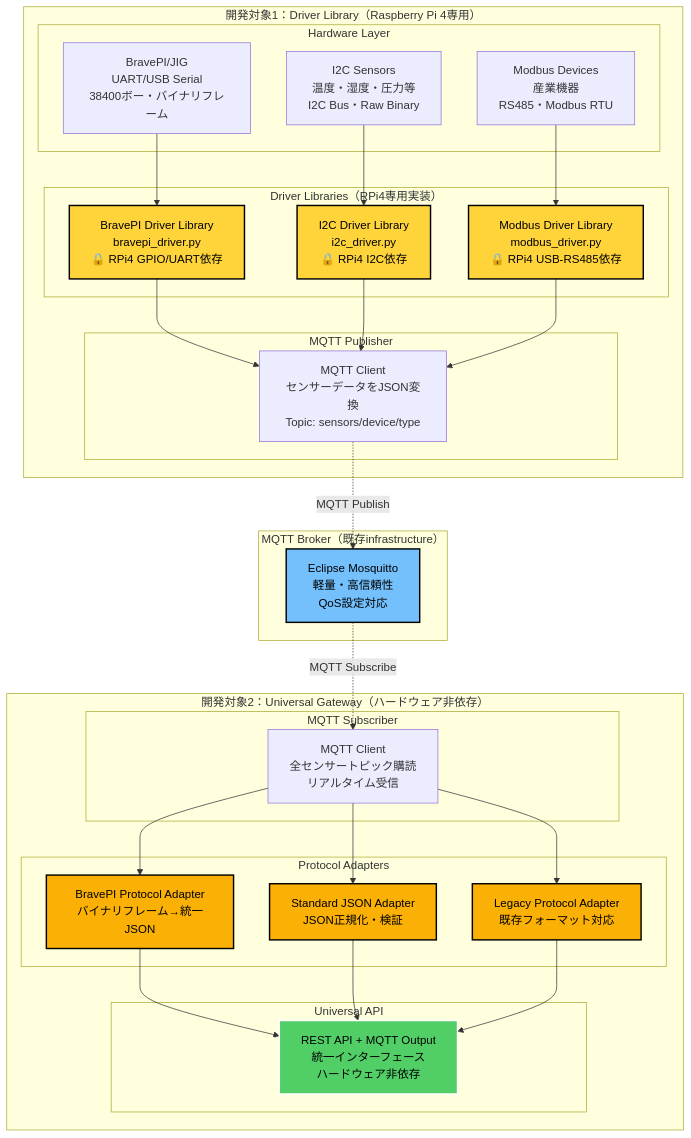
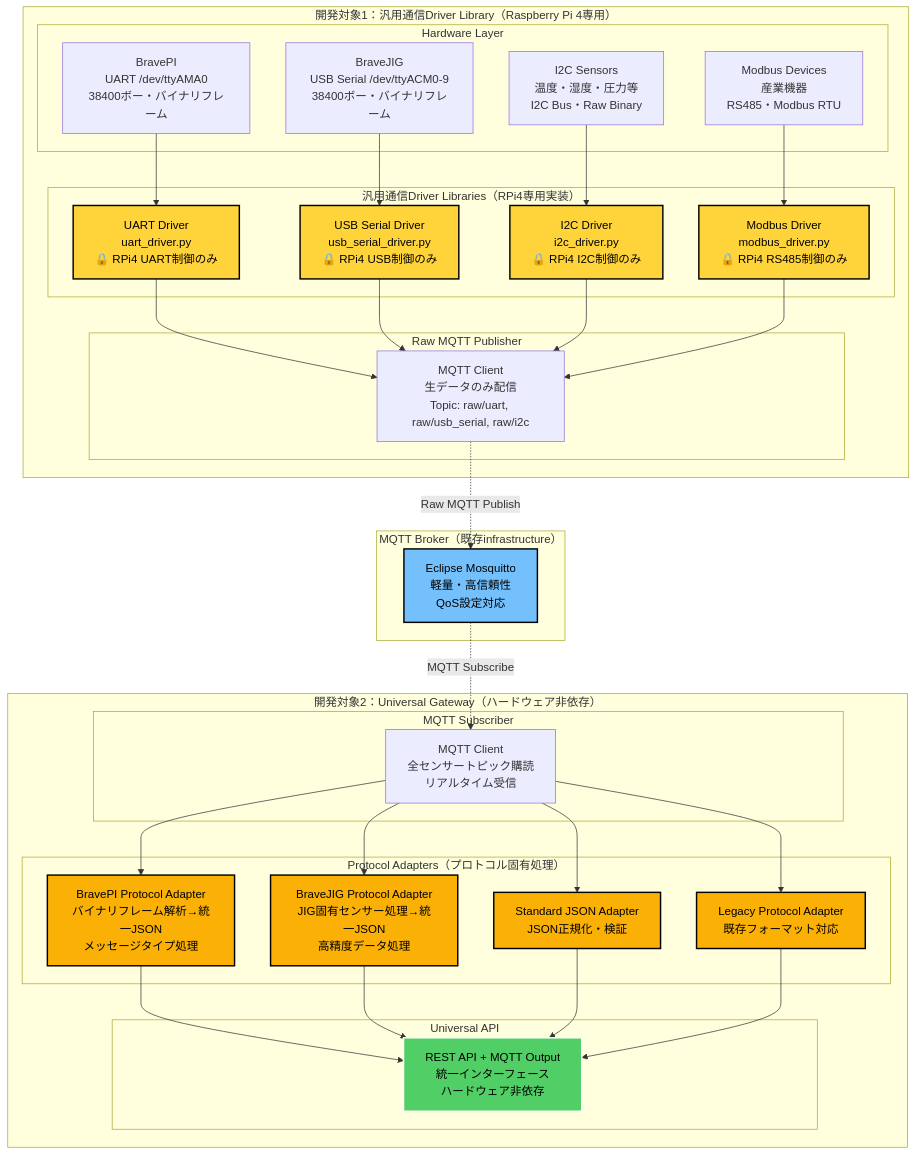
One commit to w-pinkietech/iot4-copy changed the fifth of 15 diagrams in docs/new-system/architecture/system-overview-diagrams.md. Above: the diagram before and after it, drawn with Mermaid. The commit also changed other lines of this file, not shown here.

````diff
--- a/docs/new-system/architecture/system-overview-diagrams.md
+++ b/docs/new-system/architecture/system-overview-diagrams.md
@@ -243,64 +256,72 @@
 ```mermaid
 graph TB
-    subgraph "開発対象1：Driver Library（Raspberry Pi 4専用）"
+    subgraph "開発対象1：汎用通信Driver Library（Raspberry Pi 4専用）"
         subgraph "Hardware Layer"
-            HW1[BravePI/JIG<br/>UART/USB Serial<br/>38400ボー・バイナリフレーム]
-            HW2[I2C Sensors<br/>温度・湿度・圧力等<br/>I2C Bus・Raw Binary]
-            HW3[Modbus Devices<br/>産業機器<br/>RS485・Modbus RTU]
+            HW1[BravePI<br/>UART /dev/ttyAMA0<br/>38400ボー・バイナリフレーム]
+            HW2[BraveJIG<br/>USB Serial /dev/ttyACM0-9<br/>38400ボー・バイナリフレーム]
+            HW3[I2C Sensors<br/>温度・湿度・圧力等<br/>I2C Bus・Raw Binary]
+            HW4[Modbus Devices<br/>産業機器<br/>RS485・Modbus RTU]
         end
         
-        subgraph "Driver Libraries（RPi4専用実装）"
-            DRV1[BravePI Driver Library<br/>bravepi_driver.py<br/>🔒 RPi4 GPIO/UART依存]
-            DRV2[I2C Driver Library<br/>i2c_driver.py<br/>🔒 RPi4 I2C依存]
-            DRV3[Modbus Driver Library<br/>modbus_driver.py<br/>🔒 RPi4 USB-RS485依存]
+        subgraph "汎用通信Driver Libraries（RPi4専用実装）"
+            DRV1[UART Driver<br/>uart_driver.py<br/>🔒 RPi4 UART制御のみ]
+            DRV2[USB Serial Driver<br/>usb_serial_driver.py<br/>🔒 RPi4 USB制御のみ]
+            DRV3[I2C Driver<br/>i2c_driver.py<br/>🔒 RPi4 I2C制御のみ]
+            DRV4[Modbus Driver<br/>modbus_driver.py<br/>🔒 RPi4 RS485制御のみ]
         end
         
-        subgraph "MQTT Publisher"
-            PUB1[MQTT Client<br/>センサーデータをJSON変換<br/>Topic: sensors/device/type]
+        subgraph "Raw MQTT Publisher"
+            PUB1[MQTT Client<br/>生データのみ配信<br/>Topic: raw/uart, raw/usb_serial, raw/i2c]
         end
     end
     
     subgraph "MQTT Broker（既存infrastructure）"
         BROKER[Eclipse Mosquitto<br/>軽量・高信頼性<br/>QoS設定対応]
     end
     
     subgraph "開発対象2：Universal Gateway（ハードウェア非依存）"
         subgraph "MQTT Subscriber"
             SUB[MQTT Client<br/>全センサートピック購読<br/>リアルタイム受信]
         end
         
-        subgraph "Protocol Adapters"
-            PA1[BravePI Protocol Adapter<br/>バイナリフレーム→統一JSON]
-            PA2[Standard JSON Adapter<br/>JSON正規化・検証]
-            PA3[Legacy Protocol Adapter<br/>既存フォーマット対応]
+        subgraph "Protocol Adapters（プロトコル固有処理）"
+            PA1[BravePI Protocol Adapter<br/>バイナリフレーム解析→統一JSON<br/>メッセージタイプ処理]
+            PA2[BraveJIG Protocol Adapter<br/>JIG固有センサー処理→統一JSON<br/>高精度データ処理]
+            PA3[Standard JSON Adapter<br/>JSON正規化・検証]
+            PA4[Legacy Protocol Adapter<br/>既存フォーマット対応]
         end
         
         subgraph "Universal API"
             API[REST API + MQTT Output<br/>統一インターフェース<br/>ハードウェア非依存]
         end
     end
     
     HW1 --> DRV1 --> PUB1
     HW2 --> DRV2 --> PUB1
     HW3 --> DRV3 --> PUB1
+    HW4 --> DRV4 --> PUB1
     
-    PUB1 -.->|MQTT Publish| BROKER
+    PUB1 -.->|Raw MQTT Publish| BROKER
     BROKER -.->|MQTT Subscribe| SUB
     
     SUB --> PA1
     SUB --> PA2
     SUB --> PA3
+    SUB --> PA4
     
     PA1 --> API
     PA2 --> API
     PA3 --> API
+    PA4 --> API
     
     style DRV1 fill:#ffd43b,stroke:#000,stroke-width:2px,color:#000
     style DRV2 fill:#ffd43b,stroke:#000,stroke-width:2px,color:#000
     style DRV3 fill:#ffd43b,stroke:#000,stroke-width:2px,color:#000
+    style DRV4 fill:#ffd43b,stroke:#000,stroke-width:2px,color:#000
     style BROKER fill:#74c0fc,stroke:#000,stroke-width:2px,color:#000
     style PA1 fill:#fab005,stroke:#000,stroke-width:2px,color:#000
     style PA2 fill:#fab005,stroke:#000,stroke-width:2px,color:#000
     style PA3 fill:#fab005,stroke:#000,stroke-width:2px,color:#000
+    style PA4 fill:#fab005,stroke:#000,stroke-width:2px,color:#000
     style API fill:#51cf66,stroke:#fff,stroke-width:2px,color:#000
 ```
````
